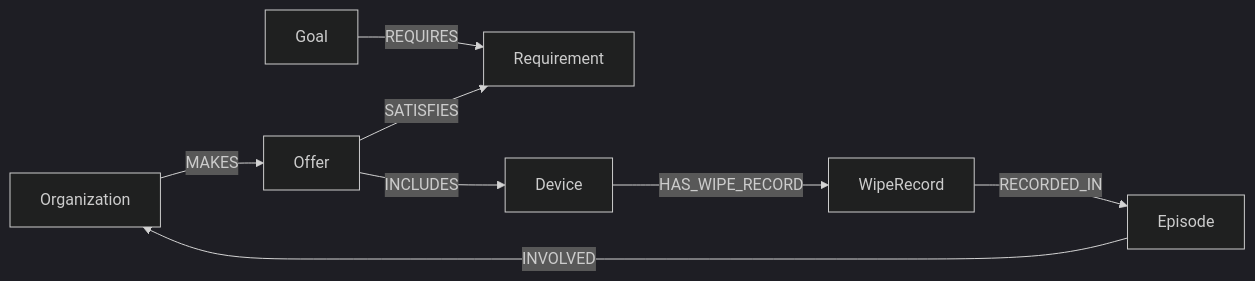
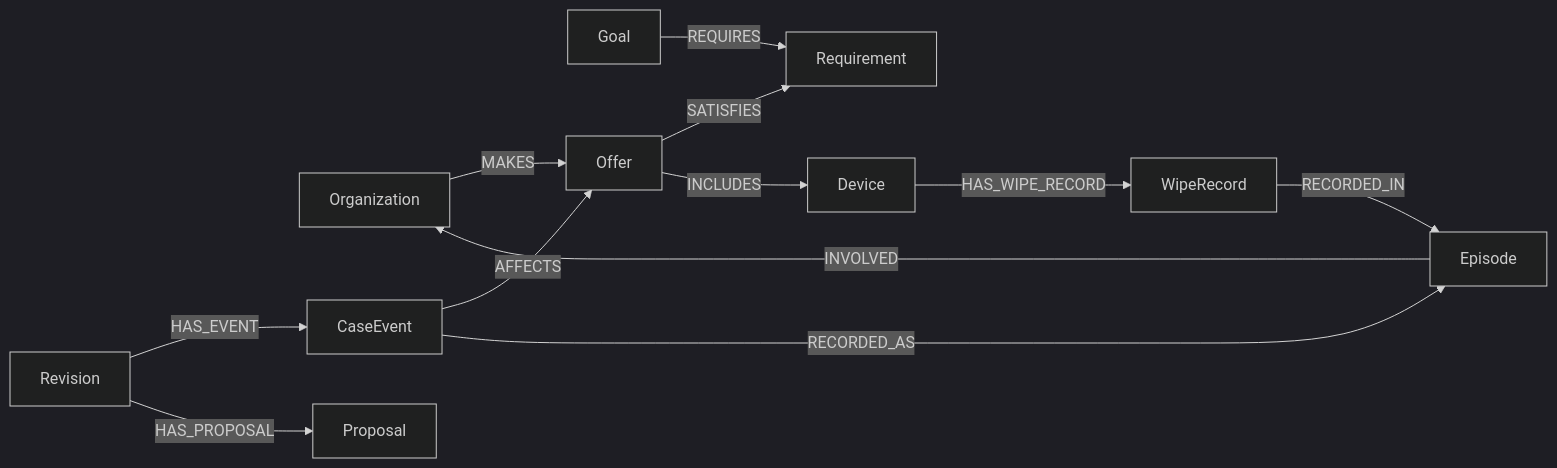
Before and after one commit to divyanshAgarwal123/pact-graph-hacks: the diagram in CYPHER.md, drawn with Mermaid (dark theme). The commit also changed other lines of this file and 11 other files, not shown here.

Commit message:
Trace case revisions through graph change events

````diff
--- a/CYPHER.md
+++ b/CYPHER.md
@@ -7,10 +7,14 @@
 ```mermaid
 flowchart LR
   Goal -- REQUIRES --> Requirement
   Organization -- MAKES --> Offer
   Offer -- SATISFIES --> Requirement
   Offer -- INCLUDES --> Device
   Device -- HAS_WIPE_RECORD --> WipeRecord
   WipeRecord -- RECORDED_IN --> Episode
   Episode -- INVOLVED --> Organization
+  Revision -- HAS_EVENT --> CaseEvent
+  CaseEvent -- AFFECTS --> Offer
+  CaseEvent -- RECORDED_AS --> Episode
+  Revision -- HAS_PROPOSAL --> Proposal
 ```
````
